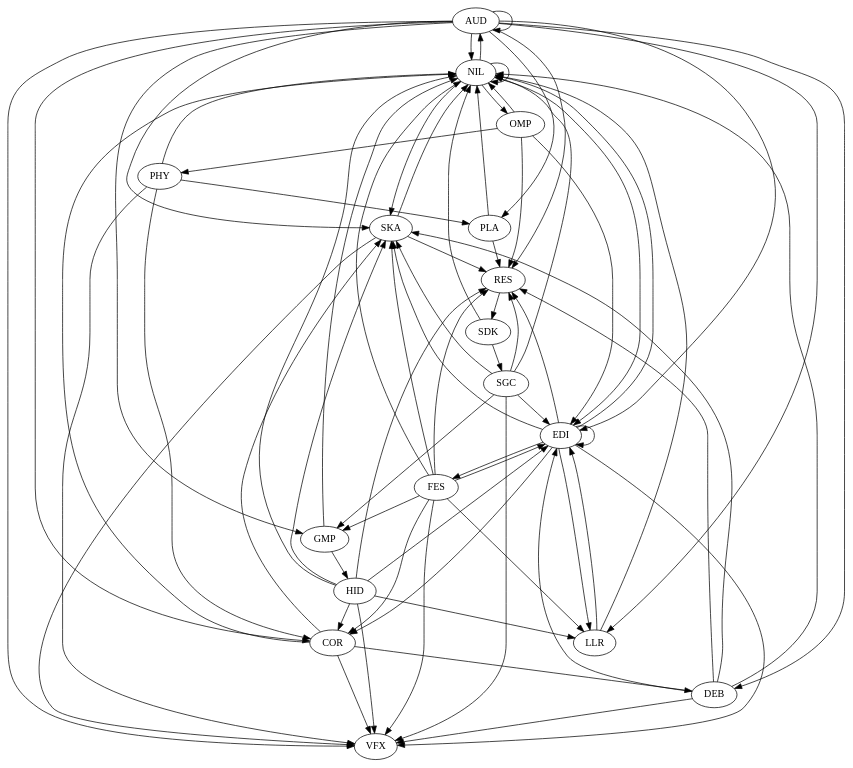
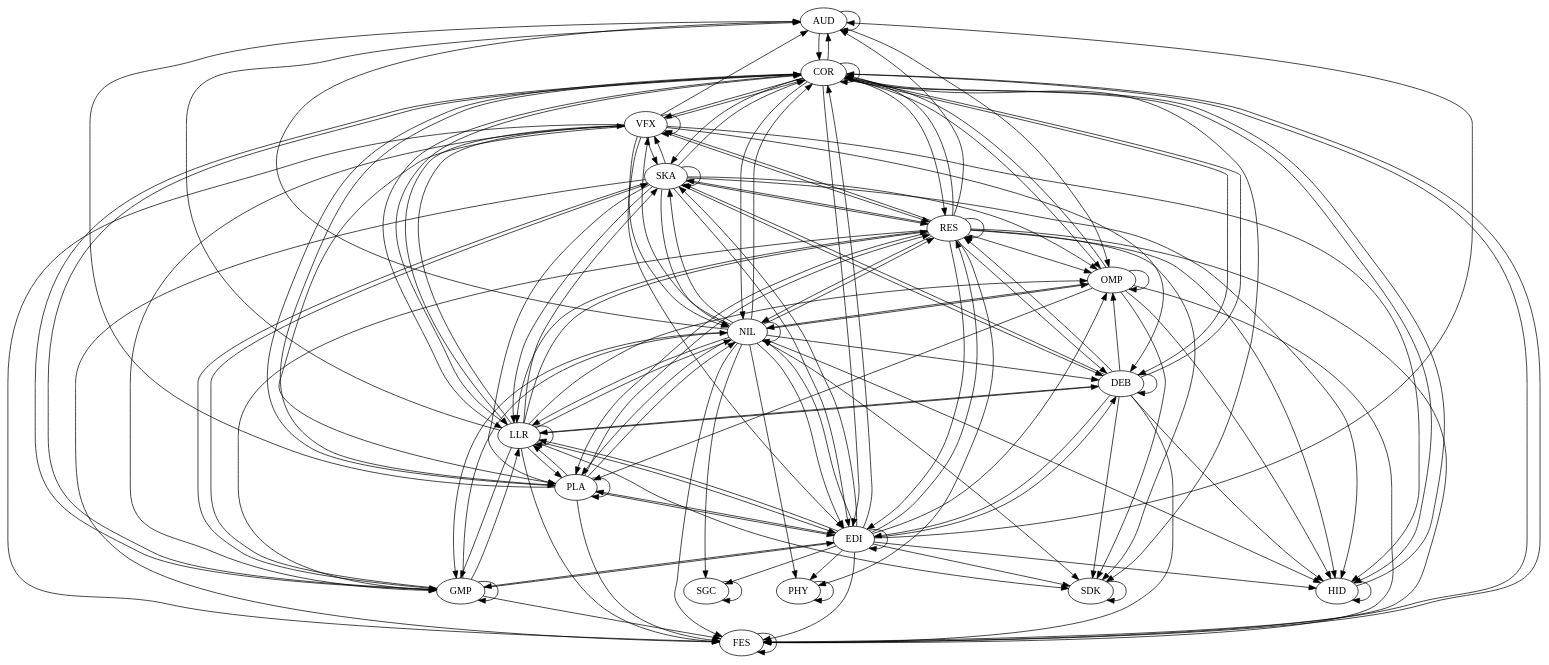
The diagram in 6_architectural_map_gen/outputs/UnrealEngineTemp.dot (gamedev-studies/game-engine-analyser), drawn with Graphviz before and after one commit. The commit also changed 9 other files, not shown here.

```diff
--- a/6_architectural_map_gen/outputs/UnrealEngineTemp.dot
+++ b/6_architectural_map_gen/outputs/UnrealEngineTemp.dot
@@ -1,76 +1,148 @@
 digraph "source tree" {
 	"AUD" -> "AUD"
+	"AUD" -> "COR"
+	"AUD" -> "OMP"
+	"COR" -> "AUD"
+	"COR" -> "COR"
+	"COR" -> "DEB"
+	"COR" -> "EDI"
+	"COR" -> "FES"
+	"COR" -> "GMP"
+	"COR" -> "HID"
+	"COR" -> "LLR"
+	"COR" -> "NIL"
+	"COR" -> "OMP"
+	"COR" -> "PLA"
+	"COR" -> "RES"
+	"COR" -> "SDK"
+	"COR" -> "SKA"
+	"COR" -> "VFX"
+	"DEB" -> "COR"
+	"DEB" -> "DEB"
+	"DEB" -> "EDI"
+	"DEB" -> "FES"
+	"DEB" -> "HID"
+	"DEB" -> "LLR"
+	"DEB" -> "OMP"
+	"DEB" -> "RES"
+	"DEB" -> "SDK"
+	"DEB" -> "SKA"
+	"EDI" -> "AUD"
+	"EDI" -> "COR"
+	"EDI" -> "DEB"
+	"EDI" -> "EDI"
+	"EDI" -> "FES"
+	"EDI" -> "GMP"
+	"EDI" -> "HID"
+	"EDI" -> "LLR"
+	"EDI" -> "NIL"
+	"EDI" -> "OMP"
+	"EDI" -> "PHY"
+	"EDI" -> "PLA"
+	"EDI" -> "RES"
+	"EDI" -> "SDK"
+	"EDI" -> "SGC"
+	"EDI" -> "SKA"
+	"FES" -> "COR"
+	"FES" -> "FES"
+	"GMP" -> "COR"
+	"GMP" -> "EDI"
+	"GMP" -> "FES"
+	"GMP" -> "GMP"
+	"GMP" -> "LLR"
+	"GMP" -> "NIL"
+	"GMP" -> "SKA"
+	"HID" -> "COR"
+	"HID" -> "HID"
+	"LLR" -> "AUD"
+	"LLR" -> "COR"
+	"LLR" -> "DEB"
+	"LLR" -> "EDI"
+	"LLR" -> "FES"
+	"LLR" -> "GMP"
+	"LLR" -> "LLR"
+	"LLR" -> "NIL"
+	"LLR" -> "OMP"
+	"LLR" -> "PLA"
+	"LLR" -> "RES"
+	"LLR" -> "SDK"
+	"LLR" -> "SKA"
+	"LLR" -> "VFX"
 	"NIL" -> "AUD"
-	"AUD" -> "COR"
-	"EDI" -> "COR"
-	"FES" -> "COR"
-	"HID" -> "COR"
-	"PHY" -> "COR"
-	"AUD" -> "DEB"
-	"COR" -> "DEB"
-	"AUD" -> "EDI"
-	"DEB" -> "EDI"
-	"EDI" -> "EDI"
-	"FES" -> "EDI"
-	"HID" -> "EDI"
-	"LLR" -> "EDI"
+	"NIL" -> "COR"
+	"NIL" -> "DEB"
 	"NIL" -> "EDI"
-	"OMP" -> "EDI"
-	"SGC" -> "EDI"
-	"EDI" -> "FES"
-	"AUD" -> "GMP"
-	"FES" -> "GMP"
-	"SGC" -> "GMP"
-	"GMP" -> "HID"
-	"AUD" -> "LLR"
-	"EDI" -> "LLR"
-	"FES" -> "LLR"
-	"HID" -> "LLR"
-	"AUD" -> "NIL"
-	"COR" -> "NIL"
-	"DEB" -> "NIL"
-	"EDI" -> "NIL"
-	"FES" -> "NIL"
-	"GMP" -> "NIL"
-	"HID" -> "NIL"
-	"LLR" -> "NIL"
+	"NIL" -> "FES"
+	"NIL" -> "GMP"
+	"NIL" -> "HID"
+	"NIL" -> "LLR"
 	"NIL" -> "NIL"
+	"NIL" -> "OMP"
+	"NIL" -> "PHY"
+	"NIL" -> "PLA"
+	"NIL" -> "RES"
+	"NIL" -> "SDK"
+	"NIL" -> "SGC"
+	"NIL" -> "SKA"
+	"NIL" -> "VFX"
+	"OMP" -> "COR"
+	"OMP" -> "FES"
+	"OMP" -> "HID"
 	"OMP" -> "NIL"
-	"PHY" -> "NIL"
+	"OMP" -> "OMP"
+	"OMP" -> "PLA"
+	"OMP" -> "SDK"
+	"PHY" -> "PHY"
+	"PLA" -> "AUD"
+	"PLA" -> "COR"
+	"PLA" -> "EDI"
+	"PLA" -> "FES"
+	"PLA" -> "LLR"
 	"PLA" -> "NIL"
-	"SDK" -> "NIL"
-	"SGC" -> "NIL"
+	"PLA" -> "PLA"
+	"PLA" -> "RES"
+	"RES" -> "AUD"
+	"RES" -> "COR"
+	"RES" -> "DEB"
+	"RES" -> "EDI"
+	"RES" -> "FES"
+	"RES" -> "GMP"
+	"RES" -> "HID"
+	"RES" -> "LLR"
+	"RES" -> "NIL"
+	"RES" -> "OMP"
+	"RES" -> "PHY"
+	"RES" -> "PLA"
+	"RES" -> "RES"
+	"RES" -> "SDK"
+	"RES" -> "SKA"
+	"RES" -> "VFX"
+	"SDK" -> "SDK"
+	"SGC" -> "SGC"
+	"SKA" -> "COR"
+	"SKA" -> "DEB"
+	"SKA" -> "EDI"
+	"SKA" -> "FES"
+	"SKA" -> "GMP"
+	"SKA" -> "HID"
+	"SKA" -> "LLR"
 	"SKA" -> "NIL"
-	"NIL" -> "OMP"
-	"OMP" -> "PHY"
-	"AUD" -> "PLA"
-	"PHY" -> "PLA"
-	"AUD" -> "RES"
-	"DEB" -> "RES"
-	"EDI" -> "RES"
-	"FES" -> "RES"
-	"HID" -> "RES"
-	"OMP" -> "RES"
-	"PLA" -> "RES"
-	"SGC" -> "RES"
+	"SKA" -> "OMP"
+	"SKA" -> "PLA"
 	"SKA" -> "RES"
-	"RES" -> "SDK"
-	"SDK" -> "SGC"
-	"AUD" -> "SKA"
-	"COR" -> "SKA"
-	"DEB" -> "SKA"
-	"EDI" -> "SKA"
-	"FES" -> "SKA"
-	"HID" -> "SKA"
-	"NIL" -> "SKA"
-	"SGC" -> "SKA"
-	"AUD" -> "VFX"
-	"COR" -> "VFX"
-	"DEB" -> "VFX"
-	"EDI" -> "VFX"
-	"FES" -> "VFX"
-	"HID" -> "VFX"
-	"PHY" -> "VFX"
-	"SGC" -> "VFX"
+	"SKA" -> "SKA"
 	"SKA" -> "VFX"
+	"VFX" -> "AUD"
+	"VFX" -> "COR"
+	"VFX" -> "DEB"
+	"VFX" -> "EDI"
+	"VFX" -> "FES"
+	"VFX" -> "GMP"
+	"VFX" -> "HID"
+	"VFX" -> "LLR"
+	"VFX" -> "NIL"
+	"VFX" -> "PLA"
+	"VFX" -> "RES"
+	"VFX" -> "SKA"
+	"VFX" -> "VFX"
 }
```
